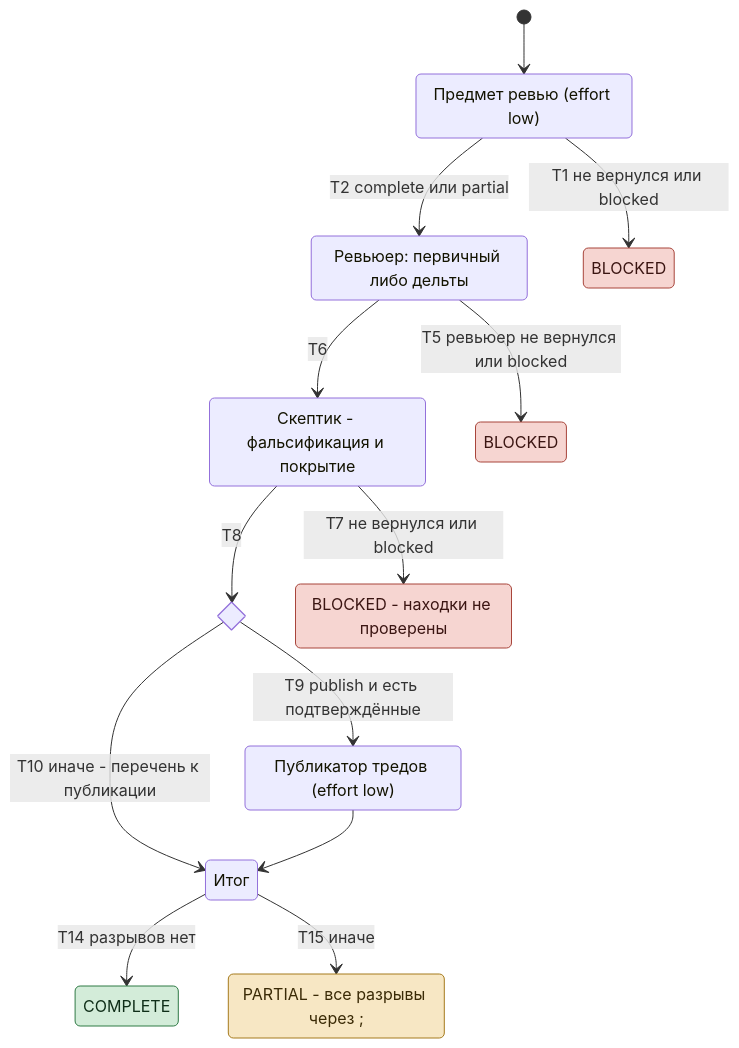
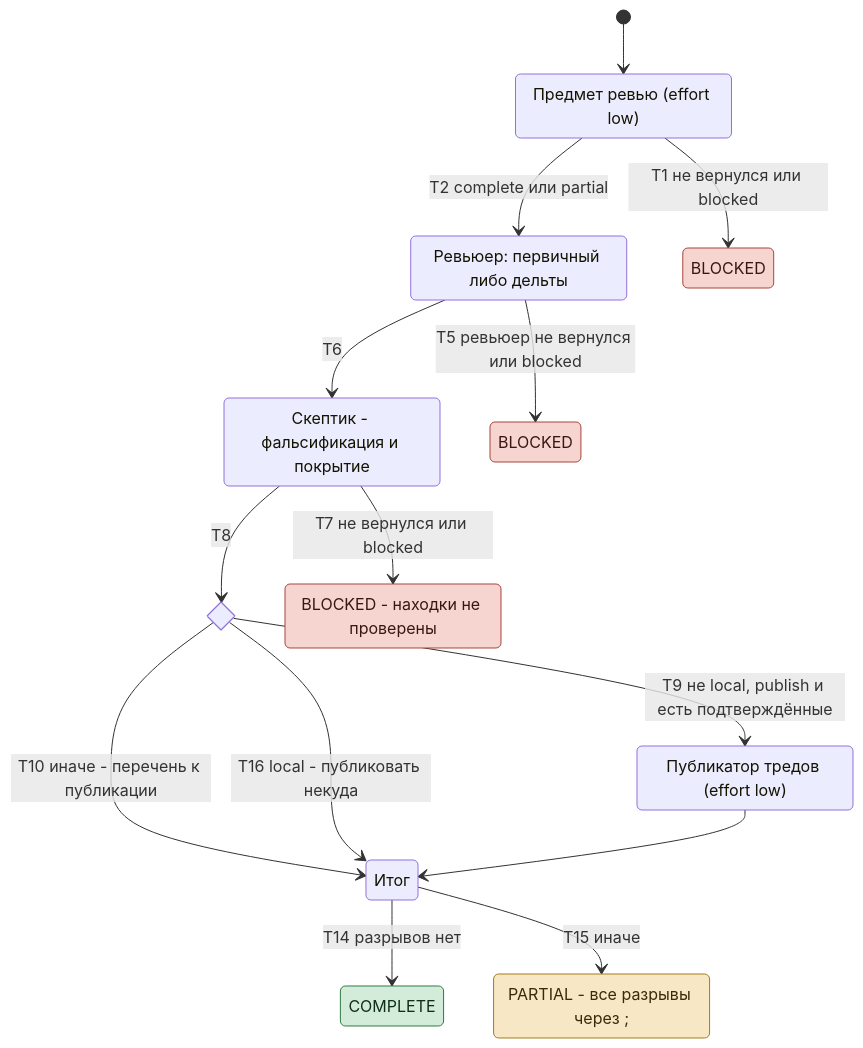
One commit to dex-it/ai-kit changed the diagram in plugins/auto/docs/tracks/review.md. Above: the diagram before and after it, drawn with Mermaid. The commit also changed other lines of this file and 10 other files, not shown here.

````diff
--- a/plugins/auto/docs/tracks/review.md
+++ b/plugins/auto/docs/tracks/review.md
@@ -15,36 +15,37 @@
 ```mermaid
 stateDiagram-v2
   direction TB
   [*] --> Ctx
   state "Предмет ревью (effort low)" as Ctx
   state "Ревьюер: первичный либо дельты" as Rev
   state "Скептик - фальсификация и покрытие" as Fal
   state "Публикатор тредов (effort low)" as Pub
   state "Итог" as Final
   state pubChoice <<choice>>
 
   state "BLOCKED" as B1
   state "BLOCKED" as B2
   state "BLOCKED - находки не проверены" as B3
   state "COMPLETE" as C
   state "PARTIAL - все разрывы через ;" as P1
 
   Ctx --> B1: T1 не вернулся или blocked
   Ctx --> Rev: T2 complete или partial
   Rev --> B2: T5 ревьюер не вернулся или blocked
   Rev --> Fal: T6
   Fal --> B3: T7 не вернулся или blocked
   Fal --> pubChoice: T8
-  pubChoice --> Pub: T9 publish и есть подтверждённые
+  pubChoice --> Pub: T9 не local, publish и есть подтверждённые
   pubChoice --> Final: T10 иначе - перечень к публикации
+  pubChoice --> Final: T16 local - публиковать некуда
   Pub --> Final
   Final --> C: T14 разрывов нет
   Final --> P1: T15 иначе
 
   classDef stop fill:#f6d5d1,stroke:#a8453b,color:#3b1512
   classDef part fill:#f7e7c4,stroke:#a57a1c,color:#3a2a06
   classDef done fill:#d3ecd9,stroke:#2f7a45,color:#0f2e18
   class B1,B2,B3 stop
   class P1 part
   class C done
 ```
````
